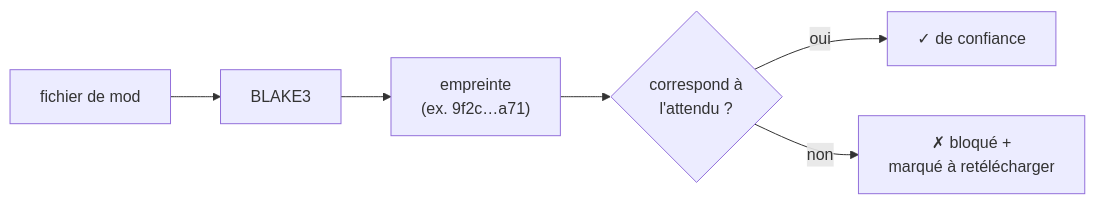
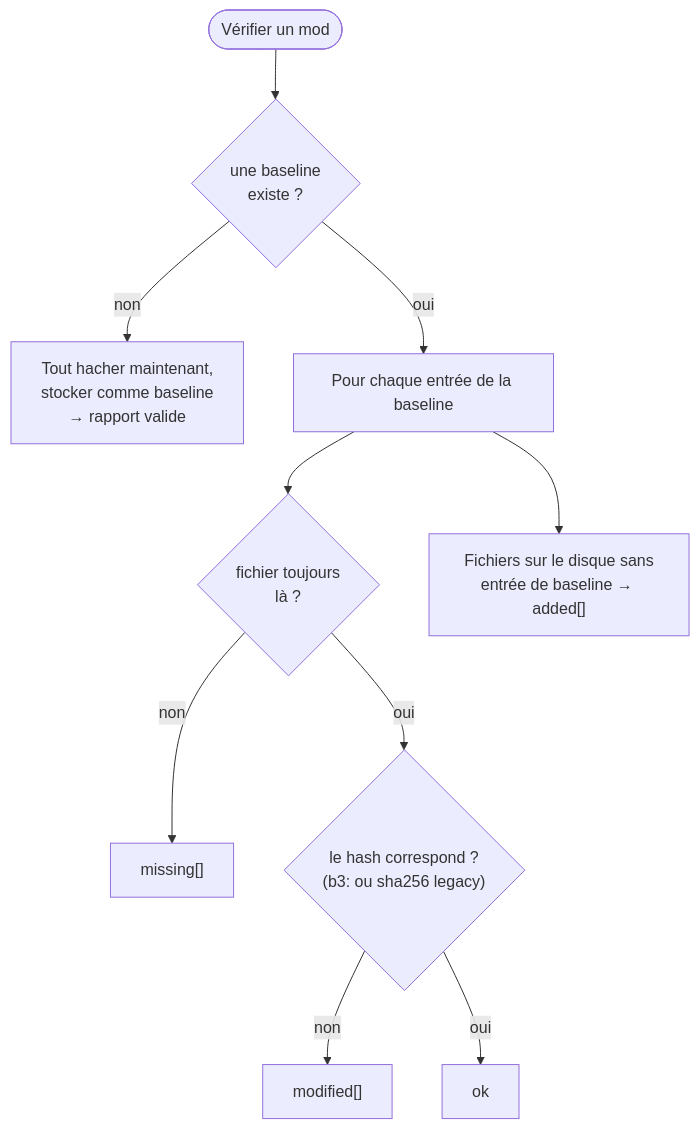
The first of 2 diagrams in docs/how-it-works/integrity-hashing.fr.md (FreeProject089/BMM-Docs), drawn with Mermaid before and after one commit. The commit also changed other lines of this file and 7 other files, not shown here.

````diff
--- a/docs/how-it-works/integrity-hashing.fr.md
+++ b/docs/how-it-works/integrity-hashing.fr.md
@@ -14,8 +71,12 @@
 ```mermaid
-flowchart LR
-    FILE["fichier de mod"] --> B3["BLAKE3"]
-    B3 --> H["empreinte<br/>(ex. 9f2c…a71)"]
-    H --> CMP{"correspond à<br/>l'attendu ?"}
-    CMP -- oui --> OK["✓ de confiance"]
-    CMP -- non --> BAD["✗ bloqué +<br/>marqué à retélécharger"]
+flowchart TB
+    START([Vérifier un mod]) --> BASE{"une baseline<br/>existe ?"}
+    BASE -- non --> INIT["Tout hacher maintenant,<br/>stocker comme baseline<br/>→ rapport valide"]
+    BASE -- oui --> WALK["Pour chaque entrée de la baseline"]
+    WALK --> EX{"fichier toujours<br/>là ?"}
+    EX -- non --> MISS["missing[]"]
+    EX -- oui --> CMP{"le hash correspond ?<br/>(b3: ou sha256 legacy)"}
+    CMP -- non --> MOD["modified[]"]
+    CMP -- oui --> OK["ok"]
+    WALK --> NEW["Fichiers sur le disque sans<br/>entrée de baseline → added[]"]
 ```
````
